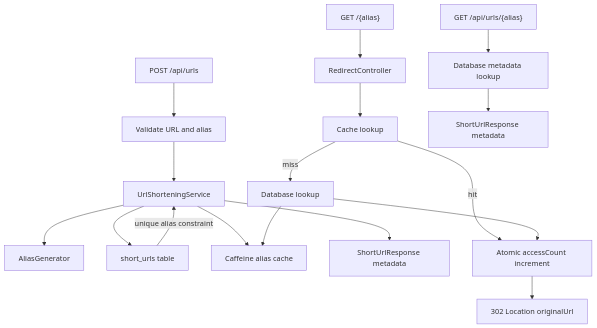
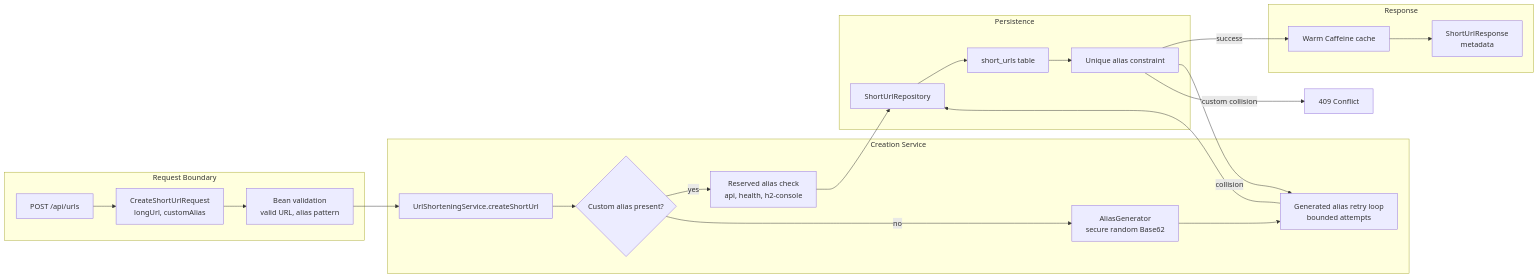
The second of 5 diagrams in README.md (itsmesubham/zipurl), drawn with Mermaid before and after one commit. The commit also changed other lines of this file and 13 other files, not shown here.

````diff
--- a/README.md
+++ b/README.md
@@ -7,21 +63,36 @@
 ```mermaid
-flowchart TD
-    createRequest["POST /api/urls"] --> validation["Validate URL and alias"]
-    validation --> createService["UrlShorteningService"]
-    createService --> aliasGenerator["AliasGenerator"]
-    createService --> database["short_urls table"]
-    database -->|"unique alias constraint"| createService
-    createService --> cache["Caffeine alias cache"]
-    createService --> createResponse["ShortUrlResponse metadata"]
+flowchart LR
+    subgraph request [Request Boundary]
+        createRequest["POST /api/urls"]
+        requestDto["CreateShortUrlRequest\nlongUrl, customAlias"]
+        validation["Bean validation\nvalid URL, alias pattern"]
+    end
 
-    redirectRequest["GET /{alias}"] --> redirectController["RedirectController"]
-    redirectController --> cacheLookup["Cache lookup"]
-    cacheLookup -->|"hit"| accessUpdate["Atomic accessCount increment"]
-    cacheLookup -->|"miss"| databaseLookup["Database lookup"]
-    databaseLookup --> cache
-    databaseLookup --> accessUpdate
-    accessUpdate --> redirectResponse["302 Location originalUrl"]
+    subgraph creationService [Creation Service]
+        urlService["UrlShorteningService.createShortUrl"]
+        customBranch{"Custom alias present?"}
+        reservedCheck["Reserved alias check\napi, health, h2-console"]
+        aliasGenerator["AliasGenerator\nsecure random Base62"]
+        retryLoop["Generated alias retry loop\nbounded attempts"]
+    end
 
-    metadataRequest["GET /api/urls/{alias}"] --> metadataLookup["Database metadata lookup"]
-    metadataLookup --> metadataResponse["ShortUrlResponse metadata"]
+    subgraph persistence [Persistence]
+        repository["ShortUrlRepository"]
+        shortUrls["short_urls table"]
+        uniqueIndex["Unique alias constraint"]
+    end
+
+    subgraph response [Response]
+        cacheWarm["Warm Caffeine cache"]
+        responseDto["ShortUrlResponse\nmetadata"]
+    end
+
+    createRequest --> requestDto --> validation --> urlService
+    urlService --> customBranch
+    customBranch -->|"yes"| reservedCheck --> repository
+    customBranch -->|"no"| aliasGenerator --> retryLoop --> repository
+    repository --> shortUrls --> uniqueIndex
+    uniqueIndex -->|"success"| cacheWarm --> responseDto
+    uniqueIndex -->|"collision"| retryLoop
+    uniqueIndex -->|"custom collision"| response409["409 Conflict"]
 ```
````
